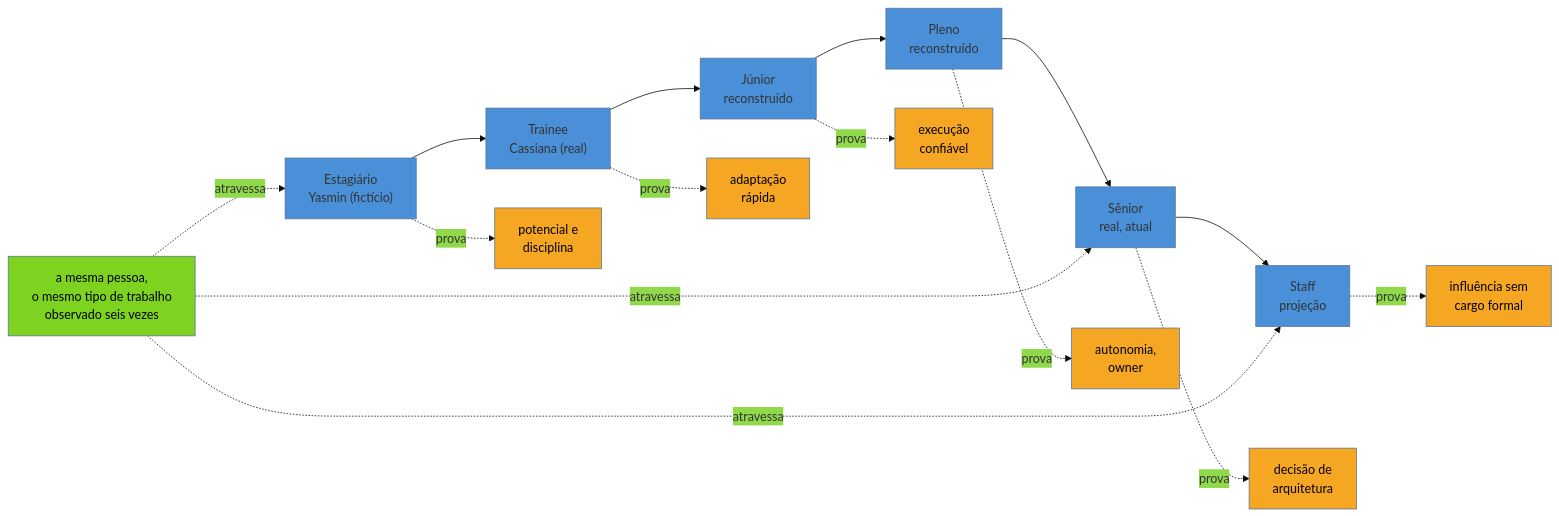
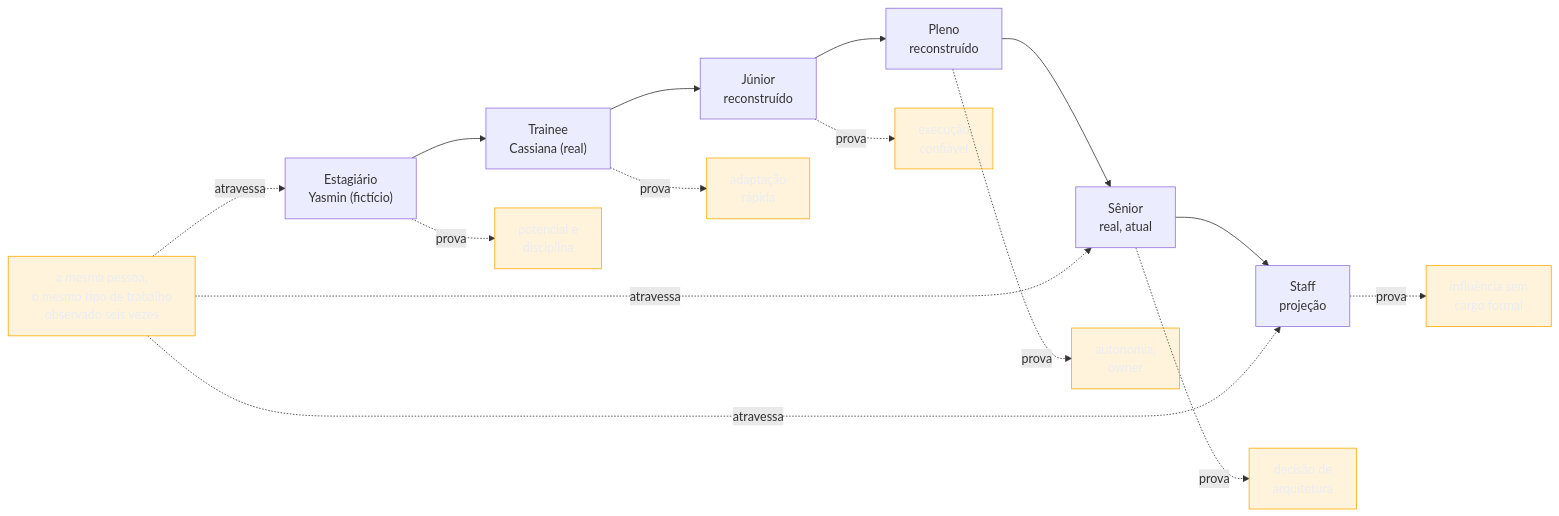
One commit to josenaldo/codex-technomanticus changed the diagram in 03-Dominios/Carreira/Currículo/26 - Seis currículos, uma carreira.md. Above: the diagram before and after it, drawn with Mermaid. The commit also changed 1181 other files, not shown here.

First line of the commit message:
fix(diagramas): paleta do sistema no lugar de cor cravada no markdown

````diff
--- a/03-Dominios/Carreira/Currículo/26 - Seis currículos, uma carreira.md
+++ b/03-Dominios/Carreira/Currículo/26 - Seis currículos, uma carreira.md
@@ -334,24 +334,24 @@
 ```mermaid
-%%{init: {"theme": "base", "themeVariables": {"primaryColor": "#4A90D9"}}}%%
 graph LR
+    classDef destaque fill:#FFAA0024,stroke:#FFAA00,color:#E9ECF2
     Est["Estagiário<br/>Yasmin (fictício)"] --> Tra["Trainee<br/>Cassiana (real)"] --> Jr["Júnior<br/>reconstruído"] --> Pl["Pleno<br/>reconstruído"] --> Sr["Sênior<br/>real, atual"] --> St["Staff<br/>projeção"]
 
     Est -.prova.-> P1["potencial e<br/>disciplina"]
     Tra -.prova.-> P2["adaptação<br/>rápida"]
     Jr -.prova.-> P3["execução<br/>confiável"]
     Pl -.prova.-> P4["autonomia,<br/>owner"]
     Sr -.prova.-> P5["decisão de<br/>arquitetura"]
     St -.prova.-> P6["influência sem<br/>cargo formal"]
 
     Anc["a mesma pessoa,<br/>o mesmo tipo de trabalho<br/>observado seis vezes"] -.atravessa.-> Est
     Anc -.atravessa.-> Sr
     Anc -.atravessa.-> St
 
-    style Anc fill:#7ED321,color:#000
-    style P1 fill:#F5A623,color:#000
-    style P2 fill:#F5A623,color:#000
-    style P3 fill:#F5A623,color:#000
-    style P4 fill:#F5A623,color:#000
-    style P5 fill:#F5A623,color:#000
-    style P6 fill:#F5A623,color:#000
+    class Anc destaque
+    class P1 destaque
+    class P2 destaque
+    class P3 destaque
+    class P4 destaque
+    class P5 destaque
+    class P6 destaque
 ```
````
